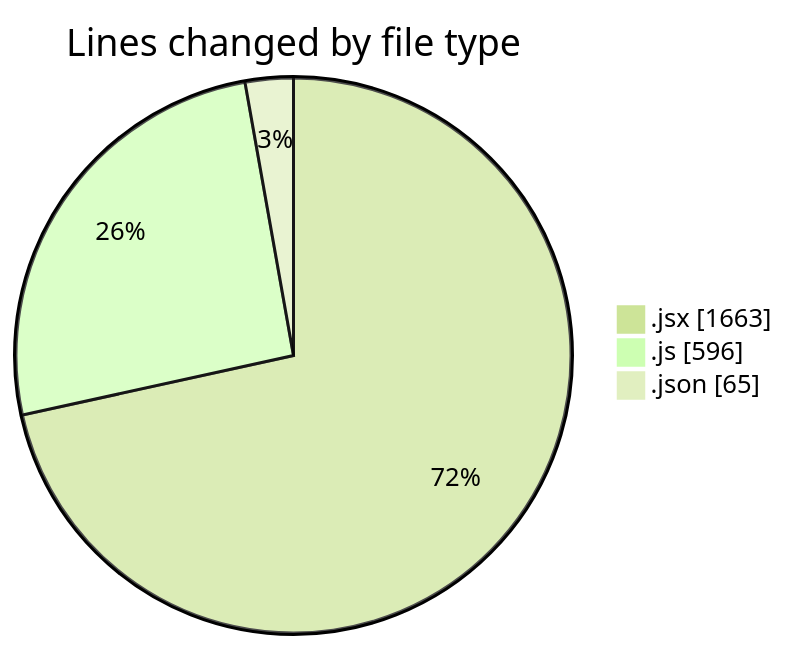
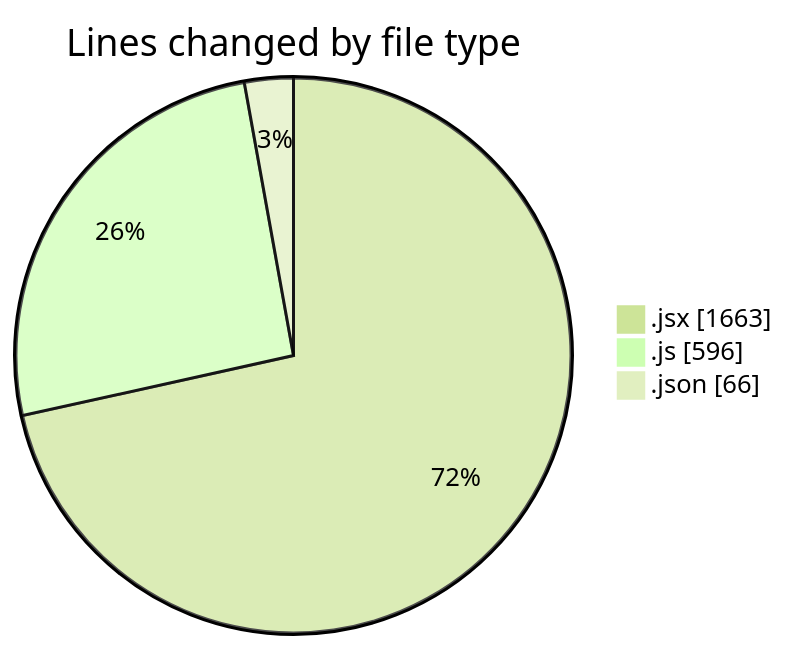
The first of 2 diagrams in 2025-08-06/nxtqube_webapp/README.md (nxtqubesakshisongat/code-tracking), drawn with Mermaid (forest theme) before and after one commit. The commit also changed other lines of this file and 1 other file, not shown here.

````diff
--- a/2025-08-06/nxtqube_webapp/README.md
+++ b/2025-08-06/nxtqube_webapp/README.md
@@ -25,7 +25,7 @@
 ```mermaid
 pie showData
 title Lines changed by file type
 ".jsx" : 1663
 ".js" : 596
-".json" : 65
+".json" : 66
 ```
````
